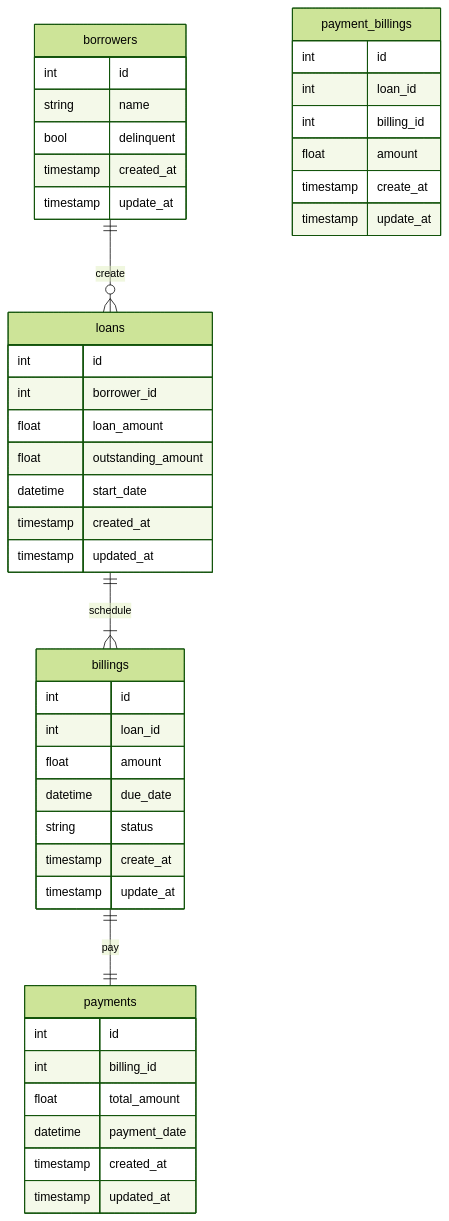
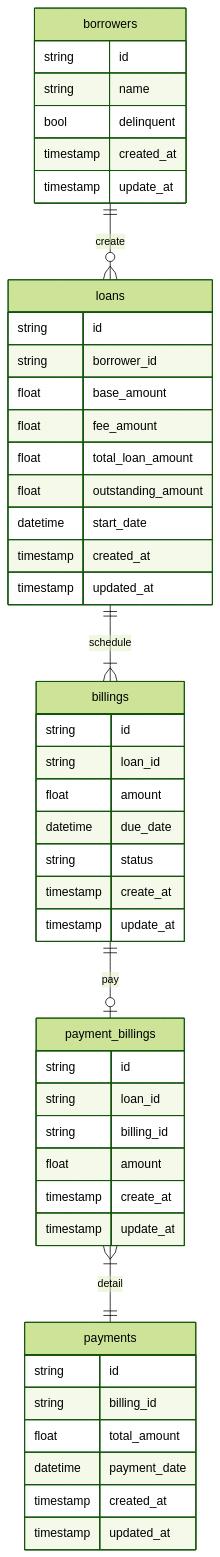
One commit to ran-jita/billing-engine changed the diagram in documentation/3.database.md. Above: the diagram before and after it, drawn with Mermaid (forest theme). The commit also changed 11 other files, not shown here.

````diff
--- a/documentation/3.database.md
+++ b/documentation/3.database.md
@@ -1,47 +1,50 @@
 ```mermaid
 erDiagram
 borrowers {
-    int id
+    string id
     string name
     bool delinquent
     timestamp created_at
     timestamp update_at
 }
 borrowers ||--o{ loans : create
 loans {
-    int id
-    int borrower_id
-    float loan_amount
+    string id
+    string borrower_id
+    float base_amount
+    float fee_amount
+    float total_loan_amount
     float outstanding_amount
     datetime start_date
     timestamp created_at
     timestamp updated_at
 }
 loans ||--|{ billings: schedule
 billings {
-    int id
-    int loan_id
+    string id
+    string loan_id
     float amount
     datetime due_date
     string status
     timestamp create_at
     timestamp update_at
 }
+billings ||--o| payment_billings: pay
 payment_billings {
-    int id
-    int loan_id
-    int billing_id
+    string id
+    string loan_id
+    string billing_id
     float amount
     timestamp create_at
     timestamp update_at
 }
-billings ||--|| payments: pay
+payment_billings }|--|| payments: detail
 payments {
-    int id
-    int billing_id
+    string id
+    string billing_id
     float total_amount
     datetime payment_date
     timestamp created_at
     timestamp updated_at
 }
 ```
````
